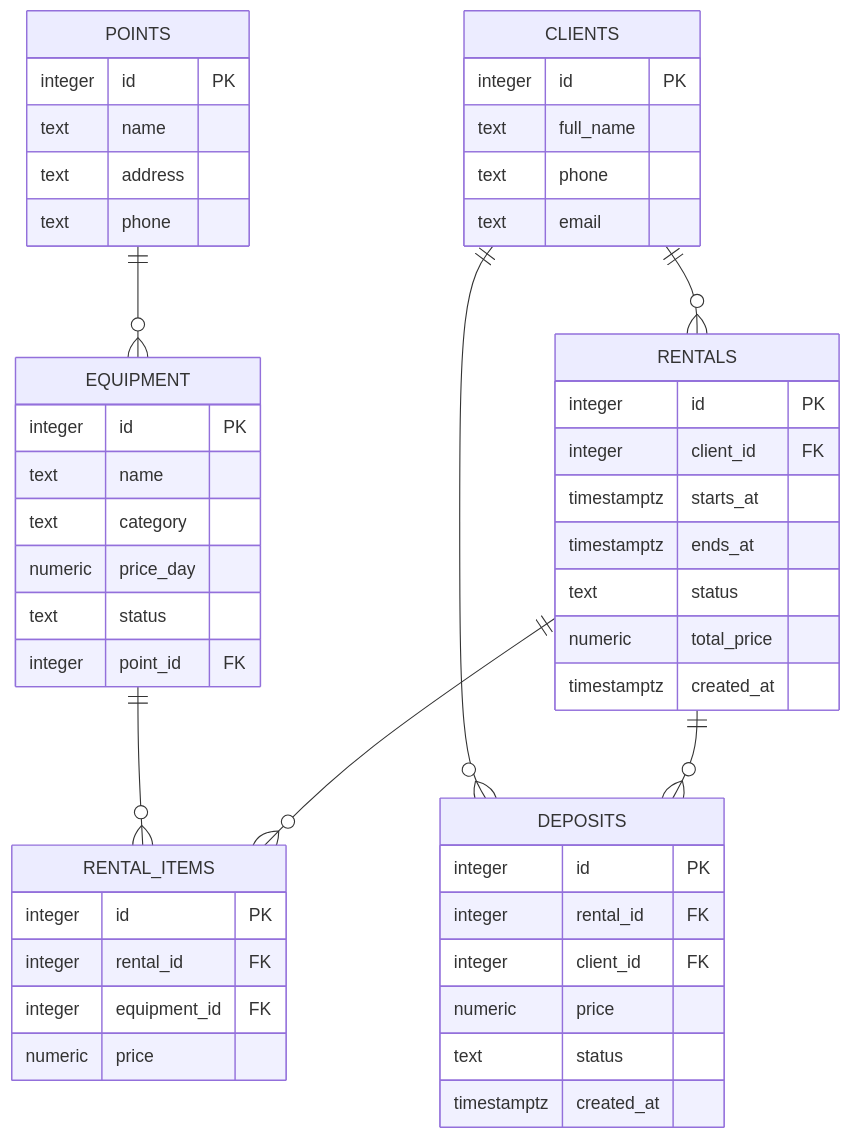
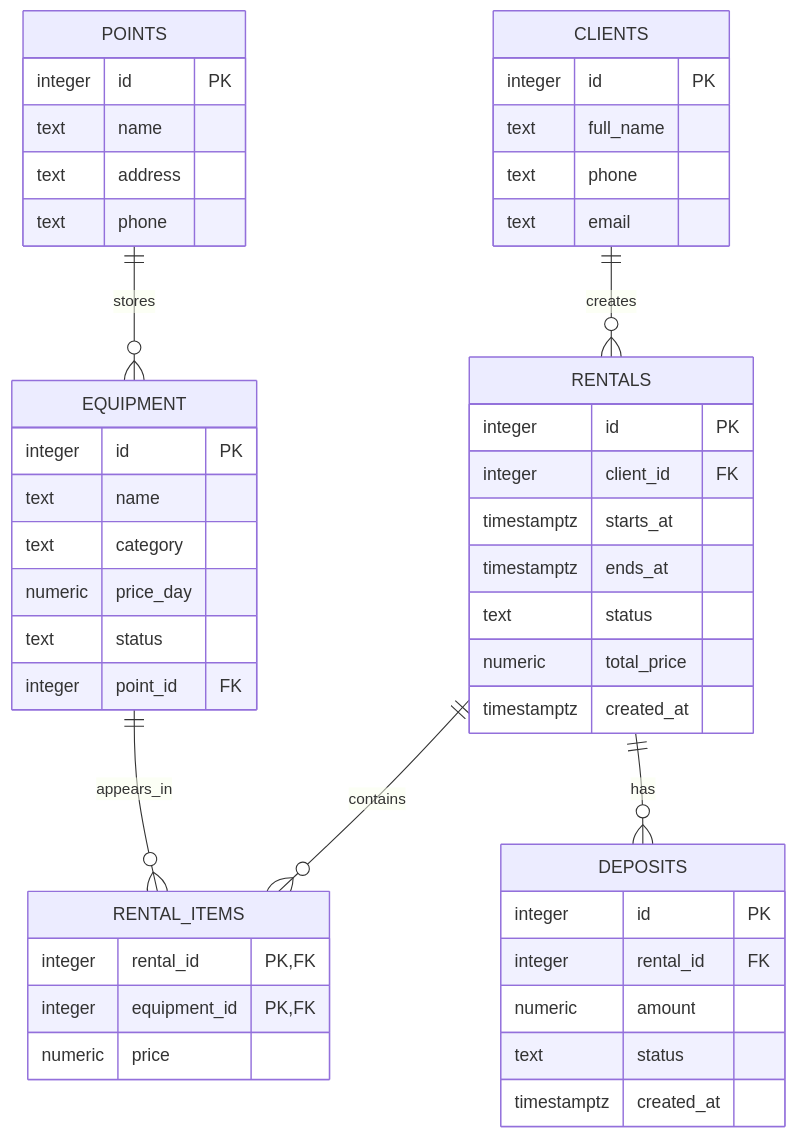
Before and after one commit to leiiyuu/lab1: the diagram in README.md, drawn with Mermaid.

````diff
--- a/README.md
+++ b/README.md
@@ -1,58 +1,50 @@
 ```mermaid
 erDiagram
-    CLIENTS ||--o{ RENTALS : ""
-    POINTS ||--o{ EQUIPMENT : ""
-    RENTALS ||--o{ RENTAL_ITEMS : ""
-    EQUIPMENT ||--o{ RENTAL_ITEMS : ""
-    RENTALS ||--o{ DEPOSITS : ""
-    CLIENTS ||--o{ DEPOSITS : ""
-
     CLIENTS {
         integer id PK
         text full_name
         text phone
         text email
     }
-
     POINTS {
         integer id PK
         text name
         text address
         text phone
     }
-
     EQUIPMENT {
         integer id PK
         text name
         text category
         numeric price_day
         text status
         integer point_id FK
     }
-
     RENTALS {
         integer id PK
         integer client_id FK
         timestamptz starts_at
         timestamptz ends_at
         text status
         numeric total_price
         timestamptz created_at
     }
-
     RENTAL_ITEMS {
-        integer id PK
-        integer rental_id FK
-        integer equipment_id FK
+        integer rental_id PK, FK
+        integer equipment_id PK, FK
         numeric price
     }
-
     DEPOSITS {
         integer id PK
         integer rental_id FK
-        integer client_id FK
-        numeric price
+        numeric amount
         text status
         timestamptz created_at
     }
+
+    CLIENTS ||--o{ RENTALS : creates
+    POINTS ||--o{ EQUIPMENT : stores
+    RENTALS ||--o{ RENTAL_ITEMS : contains
+    EQUIPMENT ||--o{ RENTAL_ITEMS : appears_in
+    RENTALS ||--o{ DEPOSITS : has
 ```
````
